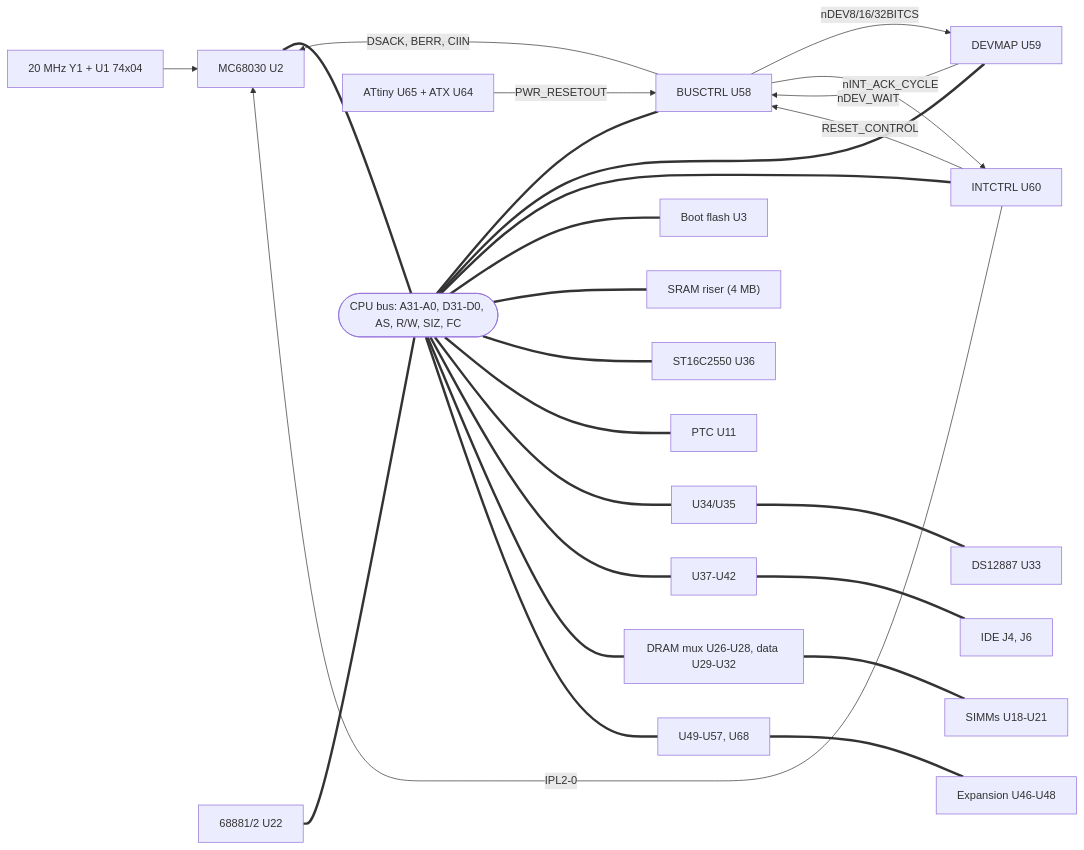
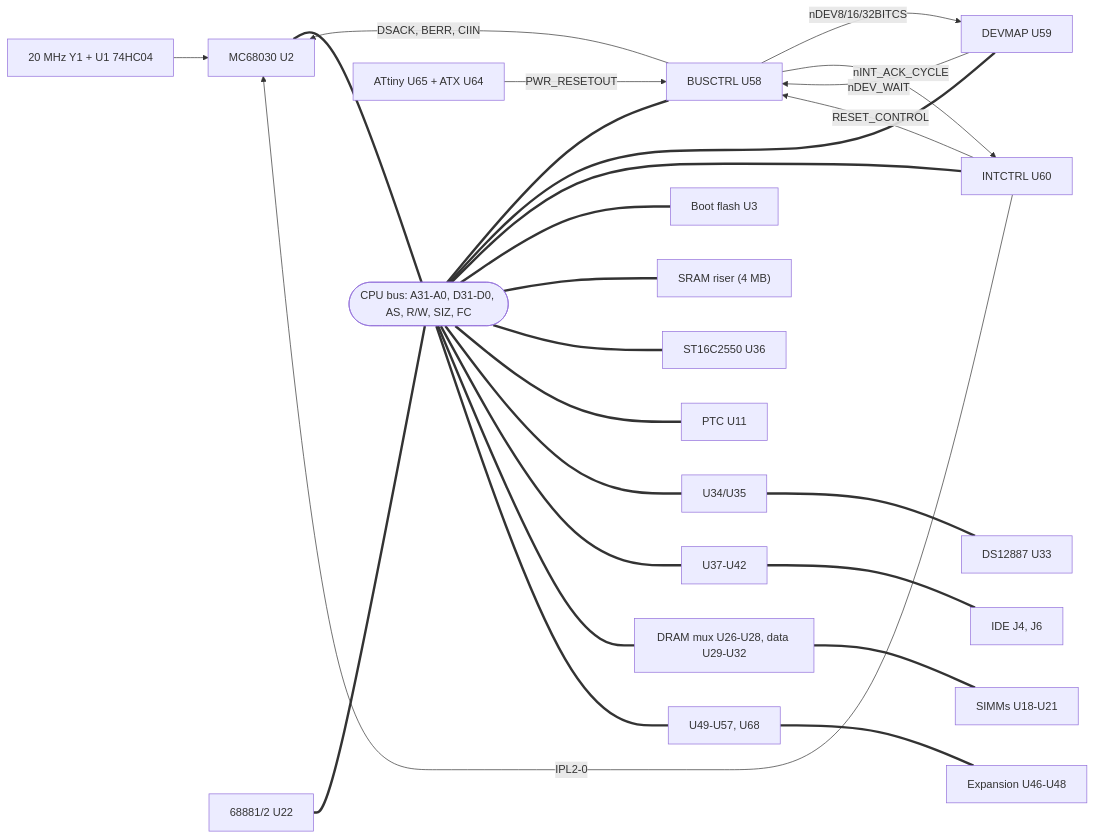
Before and after one commit to jeffsponaugle/roscoe: the diagram in V2/docs/TheoryOfOperations.md, drawn with Mermaid. The commit also changed other lines of this file and 2 other files, not shown here.

````diff
--- a/V2/docs/TheoryOfOperations.md
+++ b/V2/docs/TheoryOfOperations.md
@@ -50,24 +51,24 @@
 ```mermaid
 flowchart LR
-    OSC["20 MHz Y1 + U1 74x04"] --> CPU["MC68030 U2"]
+    OSC["20 MHz Y1 + U1 74HC04"] --> CPU["MC68030 U2"]
     CPU === BUS(["CPU bus: A31-A0, D31-D0, AS, R/W, SIZ, FC"])
     FPU["68881/2 U22"] === BUS
     BUS === BC["BUSCTRL U58"]
     BUS === DM["DEVMAP U59"]
     BUS === IC["INTCTRL U60"]
     BUS === FLASH["Boot flash U3"]
     BUS === SRAM["SRAM riser (4 MB)"]
     BUS === UART["ST16C2550 U36"]
     BUS === PTC["PTC U11"]
     BUS === RTCB["U34/U35"] === RTC["DS12887 U33"]
     BUS === IDEB["U37-U42"] === IDE["IDE J4, J6"]
     BUS === DB["DRAM mux U26-U28, data U29-U32"] === SIMM["SIMMs U18-U21"]
     BUS === EB["U49-U57, U68"] === EXP["Expansion U46-U48"]
     BC -- "DSACK, BERR, CIIN" --> CPU
     BC -- "nDEV8/16/32BITCS" --> DM
     DM -- "nDEV_WAIT" --> BC
     BC -- "nINT_ACK_CYCLE" --> IC
     IC -- "IPL2-0" --> CPU
     PWR["ATtiny U65 + ATX U64"] -- "PWR_RESETOUT" --> BC
     IC -- "RESET_CONTROL" --> BC
 ```
````
